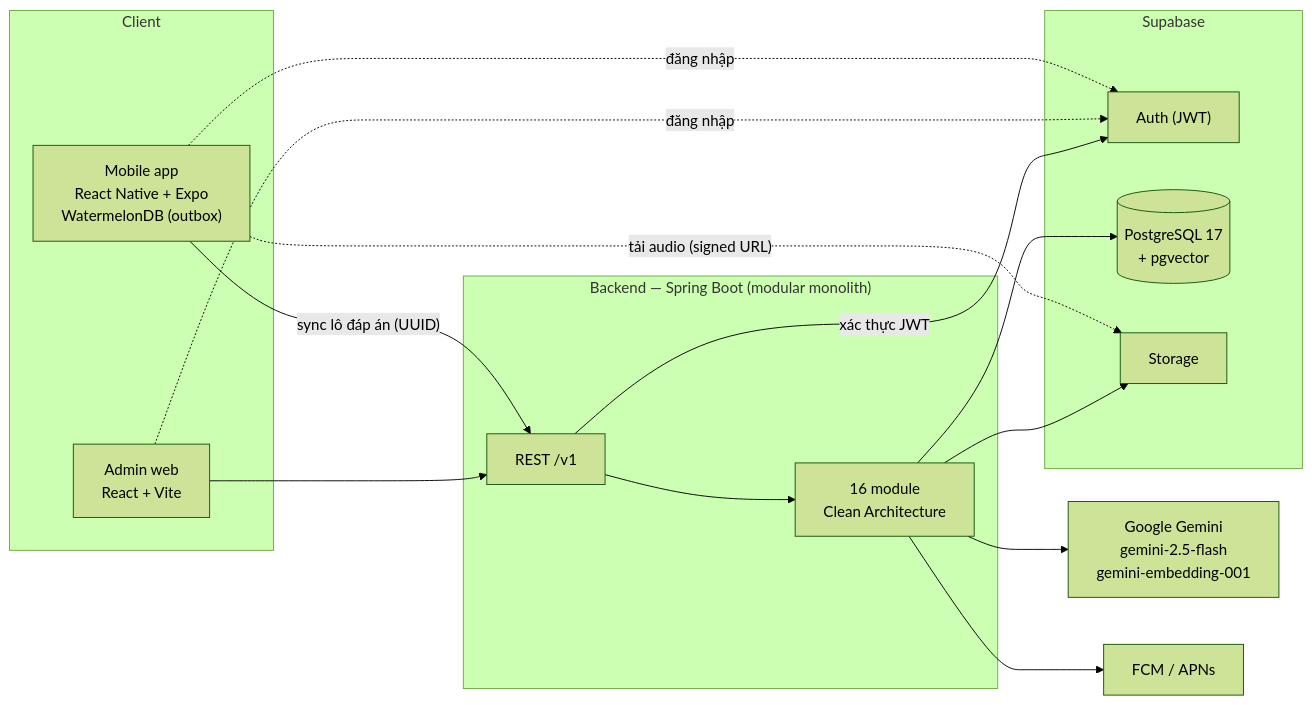
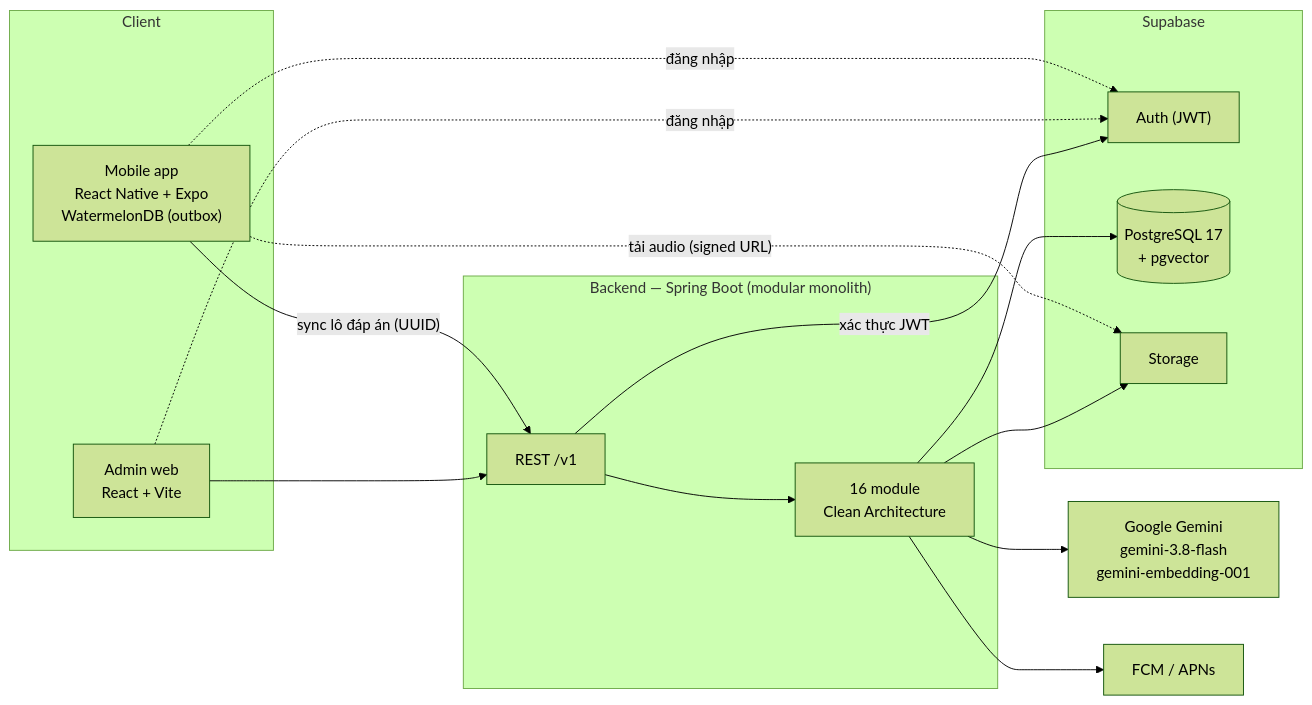
The diagram in README.md (vanilalaaa/PELA), drawn with Mermaid (forest theme) before and after one commit. The commit also changed other lines of this file and 4 other files, not shown here.

````diff
--- a/README.md
+++ b/README.md
@@ -21,33 +21,33 @@
 ```mermaid
 flowchart LR
     subgraph Client
         M["Mobile app<br/>React Native + Expo<br/>WatermelonDB (outbox)"]
         W["Admin web<br/>React + Vite"]
     end
 
     subgraph Backend["Backend — Spring Boot (modular monolith)"]
         API["REST /v1"]
         MOD["16 module<br/>Clean Architecture"]
         API --> MOD
     end
 
     subgraph Supabase
         AUTH["Auth (JWT)"]
         DB[("PostgreSQL 17<br/>+ pgvector")]
         ST["Storage"]
     end
 
-    GEM["Google Gemini<br/>gemini-2.5-flash<br/>gemini-embedding-001"]
+    GEM["Google Gemini<br/>gemini-3.8-flash<br/>gemini-embedding-001"]
     PUSH["FCM / APNs"]
 
     M -- "sync lô đáp án (UUID)" --> API
     W --> API
     M -. "tải audio (signed URL)" .-> ST
     M -. đăng nhập .-> AUTH
     W -. đăng nhập .-> AUTH
     API -- "xác thực JWT" --> AUTH
     MOD --> DB
     MOD --> ST
     MOD --> GEM
     MOD --> PUSH
 ```
````
